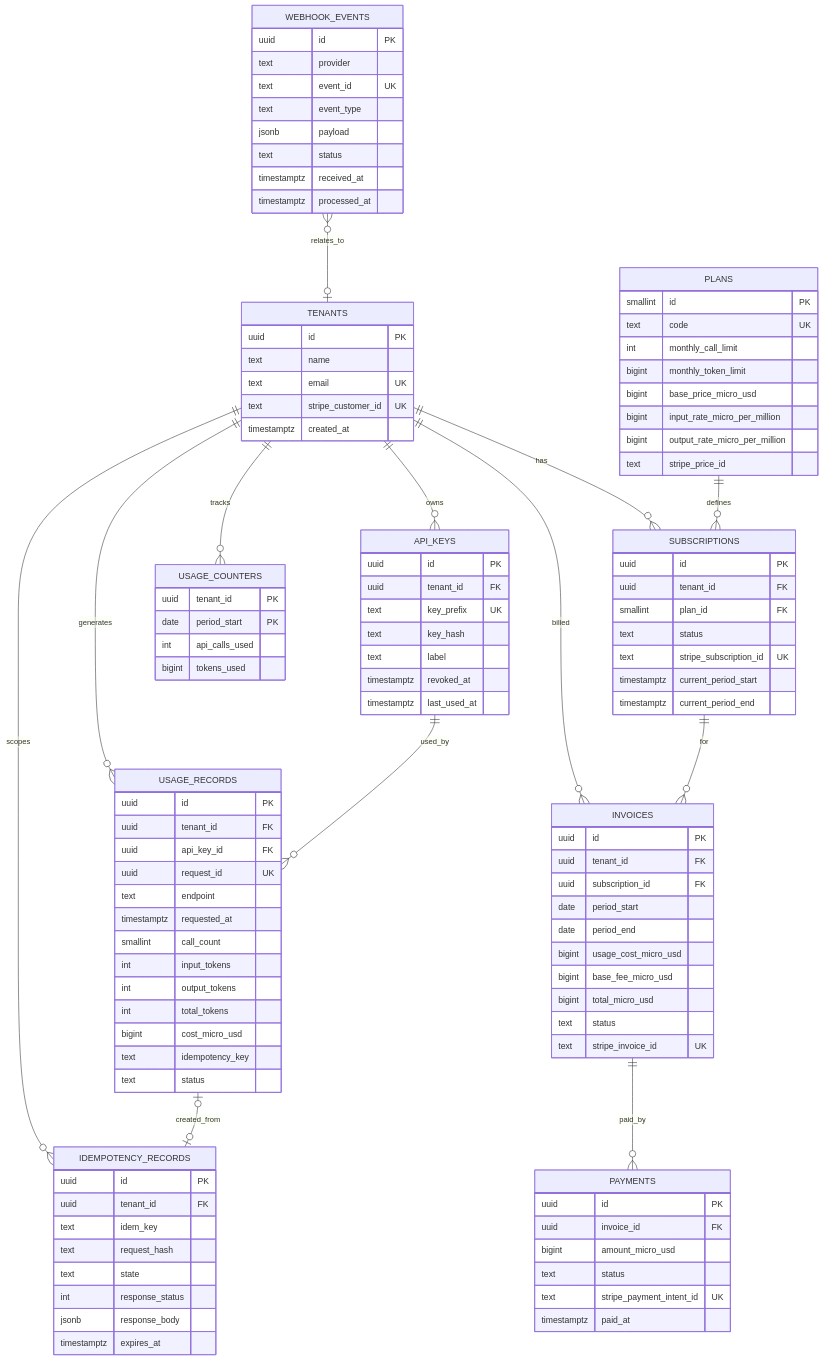
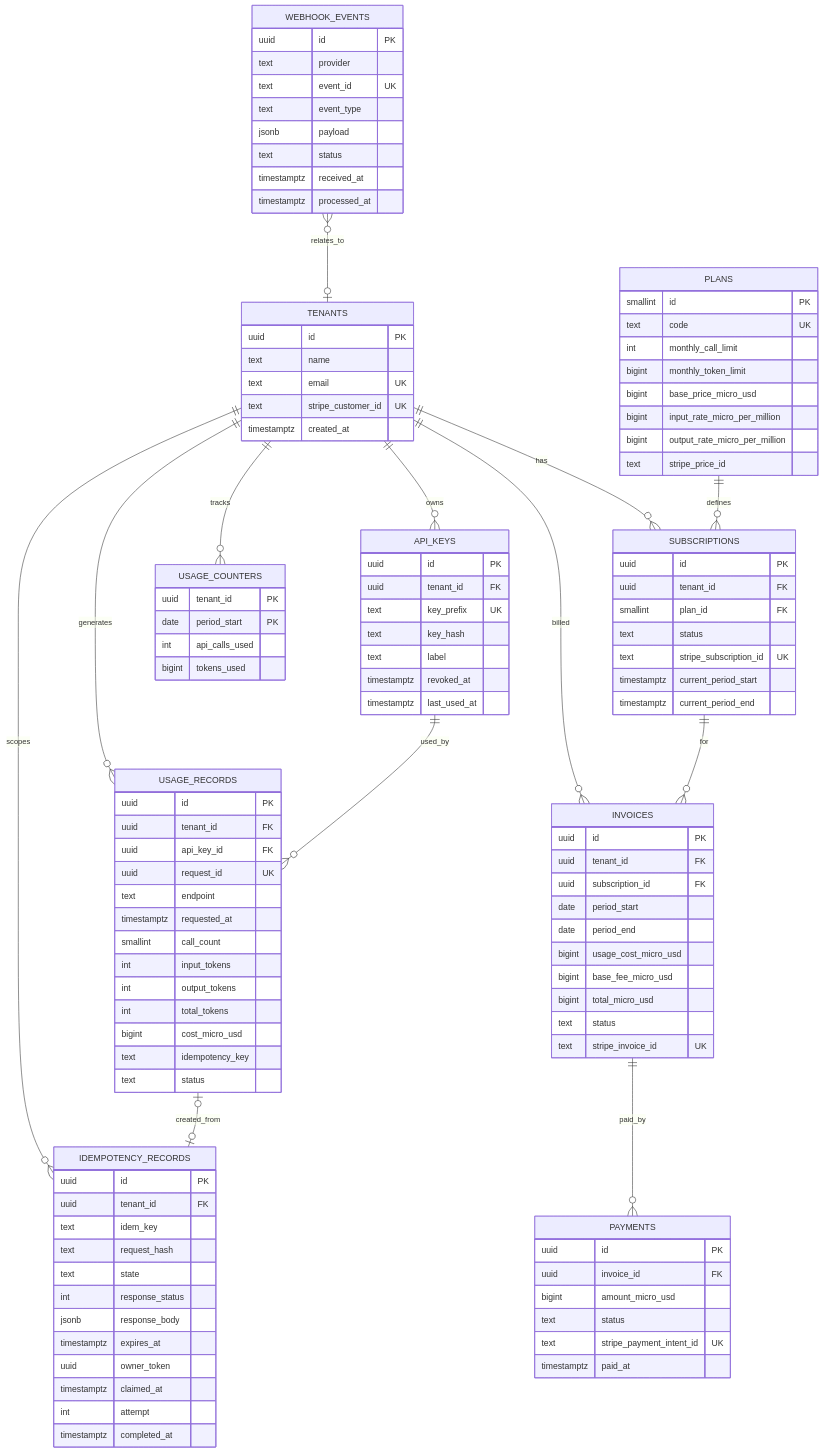
Before and after one commit to code4wealth/usage-metering-billing-engine: the diagram in docs/DATABASE.md, drawn with Mermaid. The commit also changed other lines of this file and 6 other files, not shown here.

```diff
--- a/docs/DATABASE.md
+++ b/docs/DATABASE.md
@@ -85,6 +85,10 @@
         int response_status
         jsonb response_body
         timestamptz expires_at
+        uuid owner_token
+        timestamptz claimed_at
+        int attempt
+        timestamptz completed_at
     }
     INVOICES {
         uuid id PK
```
